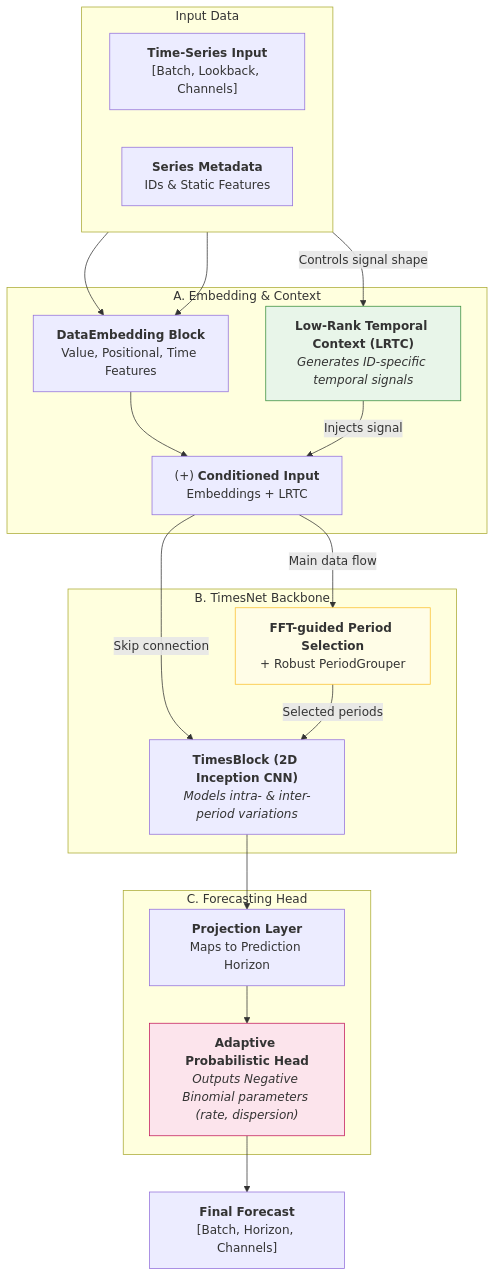
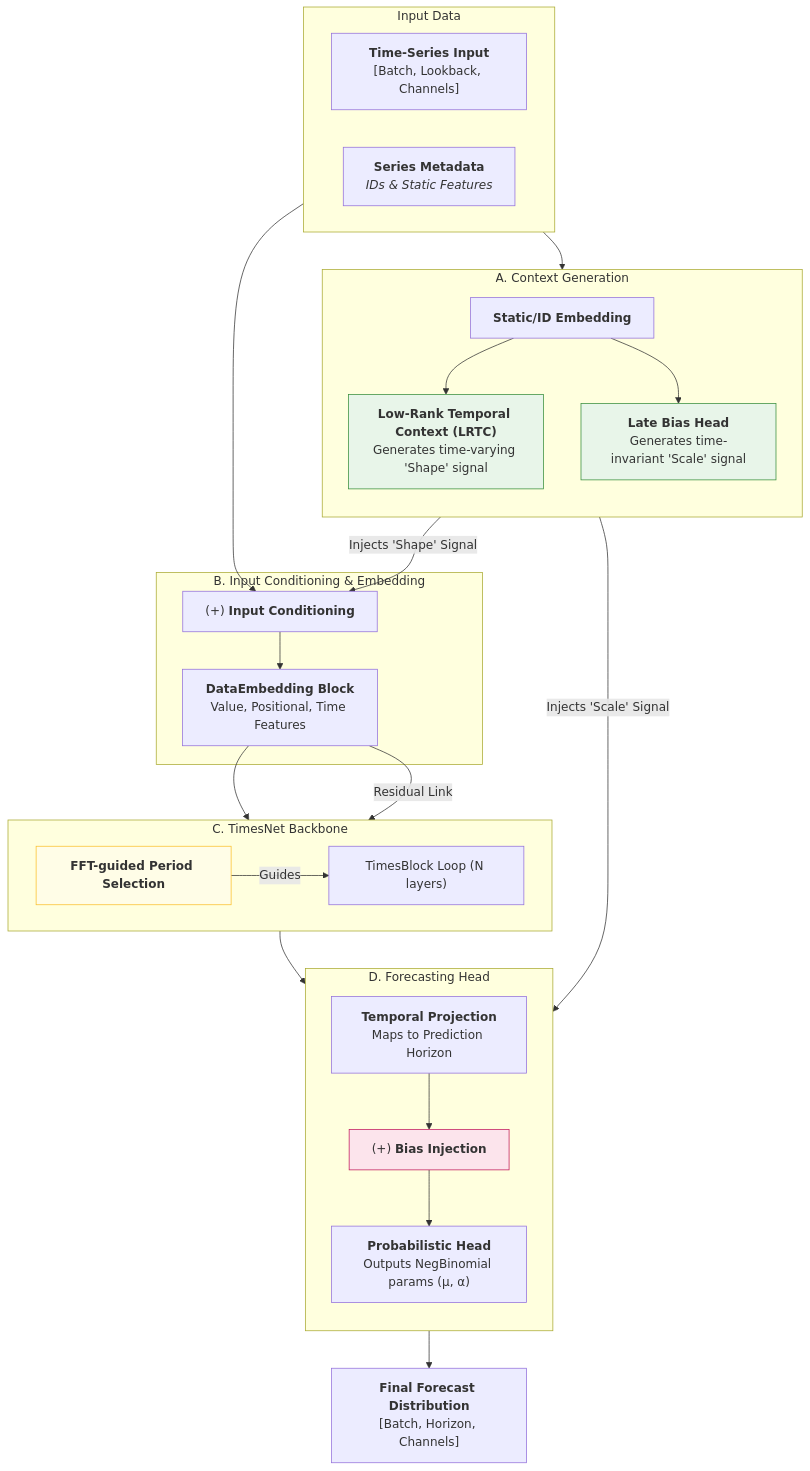
One commit to ShinDongWoon/Flow-TimesNet changed the second of 2 diagrams in README.md. Above: the diagram before and after it, drawn with Mermaid.

````diff
--- a/README.md
+++ b/README.md
@@ -261,53 +261,65 @@
 ```mermaid
 flowchart TD
     %% --- 1. Input Layer ---
     subgraph "Input Data"
         direction LR
         X["<b>Time-Series Input</b><br>[Batch, Lookback, Channels]"]
-        Meta["<b>Series Metadata</b><br>IDs & Static Features"]
+        Meta["<b>Series Metadata</b><br><i>IDs & Static Features</i>"]
     end
 
-    %% --- 2. Embedding & Context Injection ---
-    subgraph "A. Embedding & Context"
-        Embeddings["<b>DataEmbedding Block</b><br>Value, Positional, Time Features"]
-        LRTC["<b>Low-Rank Temporal Context (LRTC)</b><br><i>Generates ID-specific temporal signals</i>"]
-        FusedInput["(+) <b>Conditioned Input</b><br>Embeddings + LRTC"]
+    %% --- 2. Context Generation (from Metadata) ---
+    subgraph "A. Context Generation"
+        direction TB
+        ContextEmbed["<b>Static/ID Embedding</b>"]
+        LRTC["<b>Low-Rank Temporal Context (LRTC)</b><br>Generates time-varying 'Shape' signal"]
+        LateBias["<b>Late Bias Head</b><br>Generates time-invariant 'Scale' signal"]
+        
+        Meta --> ContextEmbed
+        ContextEmbed --> LRTC
+        ContextEmbed --> LateBias
     end
 
-    %% --- 3. TimesNet Core Backbone ---
-    subgraph "B. TimesNet Backbone"
-        FFT["<b>FFT-guided Period Selection</b><br>+ Robust PeriodGrouper"]
-        TimesBlock["<b>TimesBlock (2D Inception CNN)</b><br><i>Models intra- & inter-period variations</i>"]
+    %% --- 3. Input Conditioning & Embedding ---
+    subgraph "B. Input Conditioning & Embedding"
+        ConditionedInput["(+) <b>Input Conditioning</b>"]
+        DataEmbed["<b>DataEmbedding Block</b><br>Value, Positional, Time Features"]
+        
+        X --> ConditionedInput
+        LRTC -- Injects 'Shape' Signal --> ConditionedInput
+        ConditionedInput --> DataEmbed
     end
 
-    %% --- 4. Forecasting Head ---
-    subgraph "C. Forecasting Head"
-        Projection["<b>Projection Layer</b><br>Maps to Prediction Horizon"]
-        ProbHead["<b>Adaptive Probabilistic Head</b><br><i>Outputs Negative Binomial parameters (rate, dispersion)</i>"]
+    %% --- 4. TimesNet Core Backbone ---
+    subgraph "C. TimesNet Backbone"
+        direction LR
+        FFT["<b>FFT-guided Period Selection</b>"]
+        Loop["TimesBlock Loop (N layers)"]
+        
+        DataEmbed --> FFT
+        FFT -- Guides --> Loop
+        DataEmbed -- Residual Link --> Loop
     end
 
-    %% --- 5. Output ---
-    Forecast["<b>Final Forecast</b><br>[Batch, Horizon, Channels]"]
+    %% --- 5. Probabilistic Forecasting Head ---
+    subgraph "D. Forecasting Head"
+        direction TB
+        Projection["<b>Temporal Projection</b><br>Maps to Prediction Horizon"]
+        BiasInjection["(+) <b>Bias Injection</b>"]
+        ProbHead["<b>Probabilistic Head</b><br>Outputs NegBinomial params (μ, α)"]
+        
+        Loop --> Projection
+        Projection --> BiasInjection
+        LateBias -- Injects 'Scale' Signal --> BiasInjection
+        BiasInjection --> ProbHead
+    end
 
-
-    %% --- Define Connections ---
-    X --> Embeddings
-    Meta --> Embeddings
-    Meta -- Controls signal shape --> LRTC
-
-    Embeddings --> FusedInput
-    LRTC -- Injects signal --> FusedInput
-
-    FusedInput -- Main data flow --> FFT
-    FusedInput -- Skip connection --> TimesBlock
-
-    FFT -- Selected periods --> TimesBlock
-    TimesBlock --> Projection
-    Projection --> ProbHead
+    %% --- 6. Output ---
+    Forecast["<b>Final Forecast Distribution</b><br>[Batch, Horizon, Channels]"]
     ProbHead --> Forecast
 
     %% --- Styling for emphasis ---
     style LRTC fill:#e8f5e9,stroke:#388e3c
+    style LateBias fill:#e8f5e9,stroke:#388e3c
     style FFT fill:#fffde7,stroke:#fbc02d
-    style ProbHead fill:#fce4ec,stroke:#c2185b
+    style BiasInjection fill:#fce4ec,stroke:#c2185b
 ```
````
